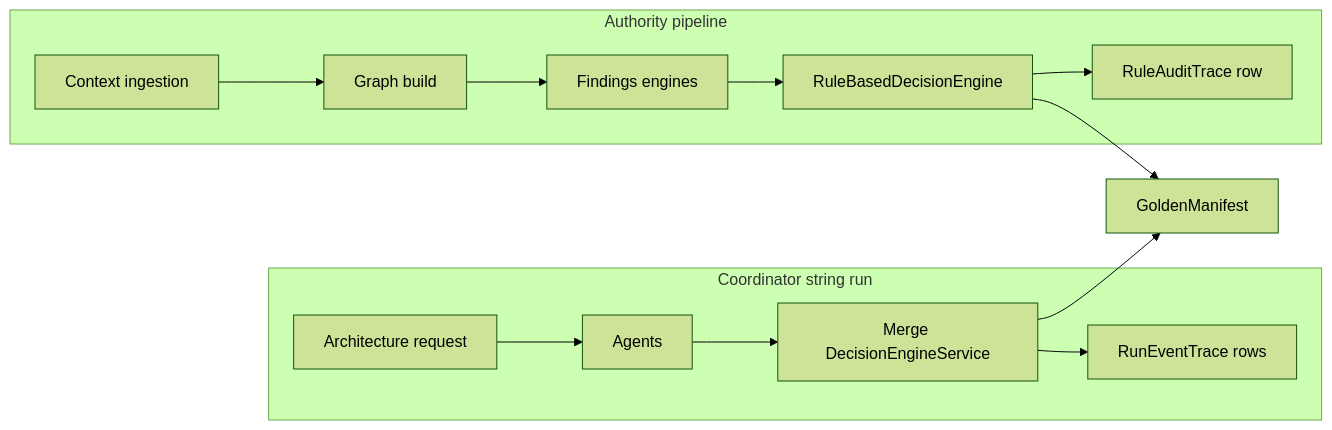
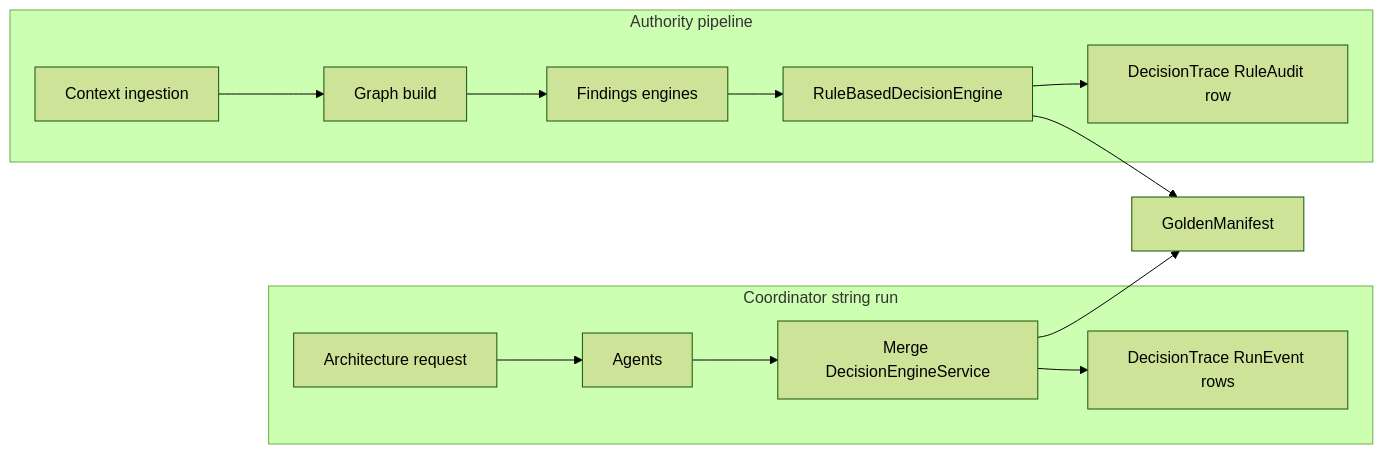
The diagram in docs/DUAL_PIPELINE_NAVIGATOR.md (joefrancisGA/ArchiForge), drawn with Mermaid (forest theme) before and after one commit. The commit also changed other lines of this file and 125 other files, not shown here.

````diff
--- a/docs/DUAL_PIPELINE_NAVIGATOR.md
+++ b/docs/DUAL_PIPELINE_NAVIGATOR.md
@@ -33,21 +33,21 @@
 ```mermaid
 flowchart LR
   subgraph coord [Coordinator string run]
     R[Architecture request]
     A[Agents]
     M[Merge DecisionEngineService]
-    T1[RunEventTrace rows]
+    T1[DecisionTrace RunEvent rows]
     R --> A --> M --> T1
   end
   subgraph auth [Authority pipeline]
     C[Context ingestion]
     G[Graph build]
     F[Findings engines]
     D[RuleBasedDecisionEngine]
-    T2[RuleAuditTrace row]
+    T2[DecisionTrace RuleAudit row]
     C --> G --> F --> D --> T2
   end
   GM[GoldenManifest]
   M --> GM
   D --> GM
 ```
````
